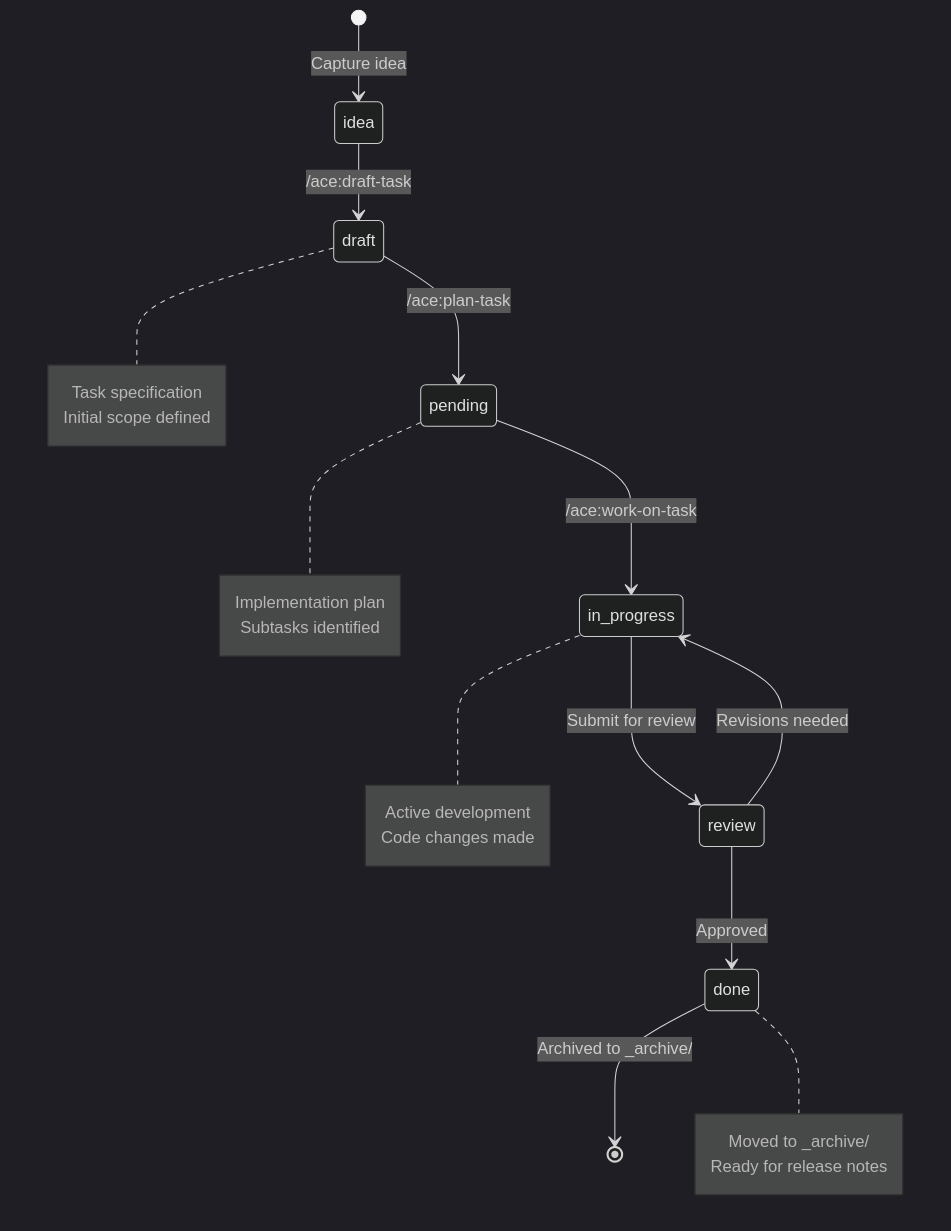
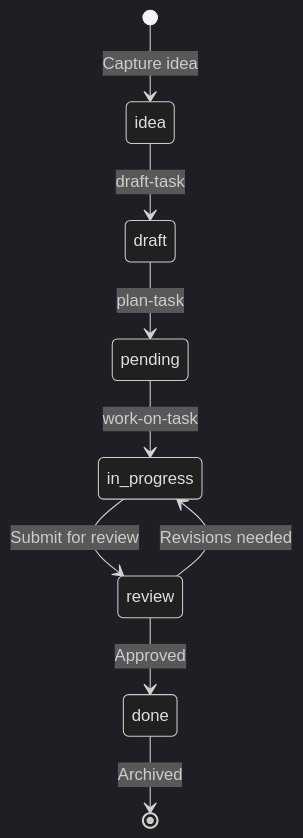
One commit to cs3b/ace changed the seventh of 7 diagrams in docs/ace-philosophy.md. Above: the diagram before and after it, drawn with Mermaid (dark theme).

Commit message:
fix(docs): Resolve Mermaid stateDiagram parse error in ace-philosophy
Remove colons from transition labels and notes that caused GitHub's
Mermaid renderer to fail parsing the ace-taskflow lifecycle diagram.

🤖 Generated with [Claude Code](https://claude.com/claude-code)

````diff
--- a/docs/ace-philosophy.md
+++ b/docs/ace-philosophy.md
@@ -486,34 +486,14 @@
 ```mermaid
 stateDiagram-v2
     [*] --> idea: Capture idea
 
-    idea --> draft: /ace:draft-task
-    note right of draft
-        Task specification
-        Initial scope defined
-    end note
-
-    draft --> pending: /ace:plan-task
-    note right of pending
-        Implementation plan
-        Subtasks identified
-    end note
-
-    pending --> in_progress: /ace:work-on-task
-    note right of in_progress
-        Active development
-        Code changes made
-    end note
-
+    idea --> draft: draft-task
+    draft --> pending: plan-task
+    pending --> in_progress: work-on-task
     in_progress --> review: Submit for review
 
     review --> in_progress: Revisions needed
     review --> done: Approved
 
-    done --> [*]: Archived to _archive/
-
-    note right of done
-        Moved to _archive/
-        Ready for release notes
-    end note
+    done --> [*]: Archived
 ```
````
